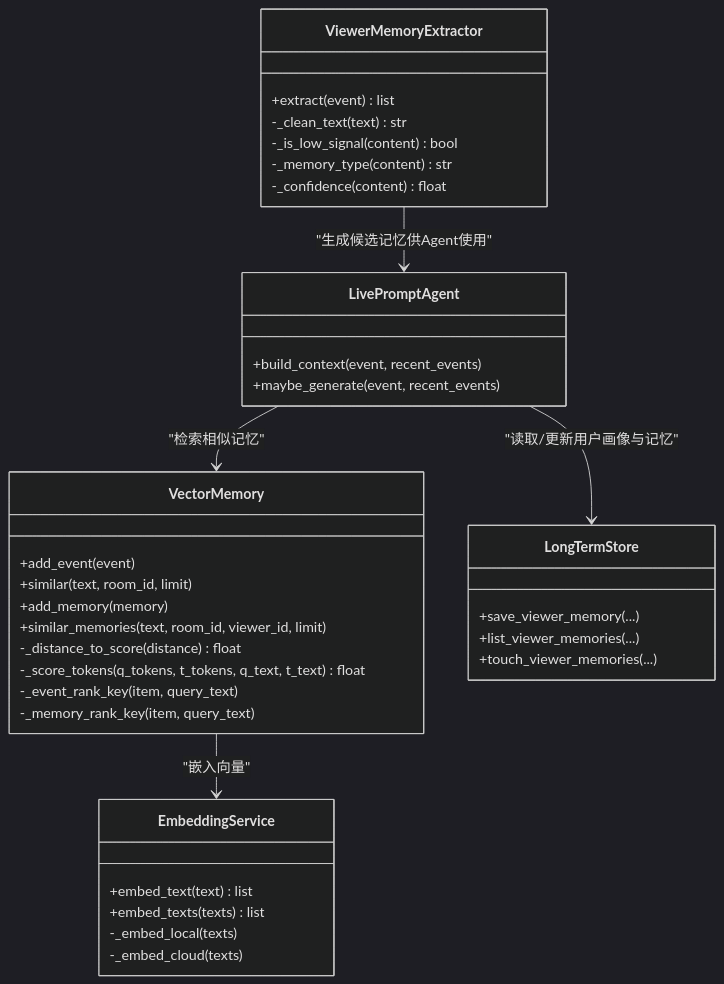
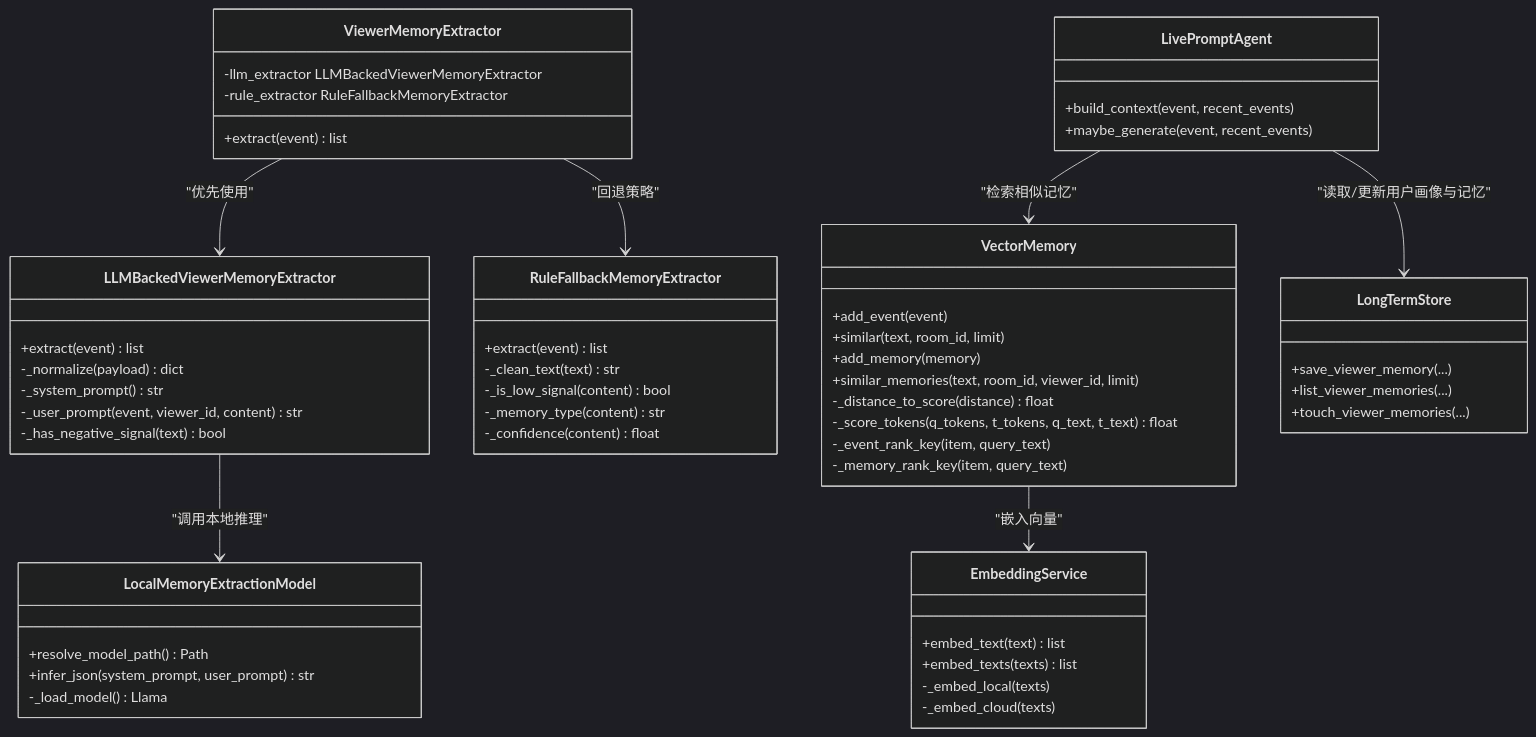
Before and after one commit to Moon-Force/DouYin_llm: the sixth of 6 diagrams in .qoder/repowiki/zh/content/后端服务/智能提词引擎/记忆提取器.md, drawn with Mermaid (dark theme). The commit also changed other lines of this file and 35 other files, not shown here.

Commit message:
feat: finalize ollama memory extraction evaluation

````diff
--- a/.qoder/repowiki/zh/content/后端服务/智能提词引擎/记忆提取器.md
+++ b/.qoder/repowiki/zh/content/后端服务/智能提词引擎/记忆提取器.md
@@ -255,39 +378,58 @@
 ```mermaid
 classDiagram
 class ViewerMemoryExtractor {
++extract(event) list
+-llm_extractor LLMBackedViewerMemoryExtractor
+-rule_extractor RuleFallbackMemoryExtractor
+}
+class LLMBackedViewerMemoryExtractor {
++extract(event) list
+-_normalize(payload) dict
+-_system_prompt() str
+-_user_prompt(event, viewer_id, content) str
+-_has_negative_signal(text) bool
+}
+class LocalMemoryExtractionModel {
++resolve_model_path() Path
++infer_json(system_prompt, user_prompt) str
+-_load_model() Llama
+}
+class RuleFallbackMemoryExtractor {
 +extract(event) list
 -_clean_text(text) str
 -_is_low_signal(content) bool
 -_memory_type(content) str
 -_confidence(content) float
 }
 class VectorMemory {
 +add_event(event)
 +similar(text, room_id, limit)
 +add_memory(memory)
 +similar_memories(text, room_id, viewer_id, limit)
 -_distance_to_score(distance) float
 -_score_tokens(q_tokens, t_tokens, q_text, t_text) float
 -_event_rank_key(item, query_text)
 -_memory_rank_key(item, query_text)
 }
 class EmbeddingService {
 +embed_text(text) list
 +embed_texts(texts) list
 -_embed_local(texts)
 -_embed_cloud(texts)
 }
 class LongTermStore {
 +save_viewer_memory(...)
 +list_viewer_memories(...)
 +touch_viewer_memories(...)
 }
 class LivePromptAgent {
 +build_context(event, recent_events)
 +maybe_generate(event, recent_events)
 }
-ViewerMemoryExtractor --> LivePromptAgent : "生成候选记忆供Agent使用"
+ViewerMemoryExtractor --> LLMBackedViewerMemoryExtractor : "优先使用"
+ViewerMemoryExtractor --> RuleFallbackMemoryExtractor : "回退策略"
+LLMBackedViewerMemoryExtractor --> LocalMemoryExtractionModel : "调用本地推理"
 LivePromptAgent --> VectorMemory : "检索相似记忆"
 VectorMemory --> EmbeddingService : "嵌入向量"
 LivePromptAgent --> LongTermStore : "读取/更新用户画像与记忆"
 ```
````
